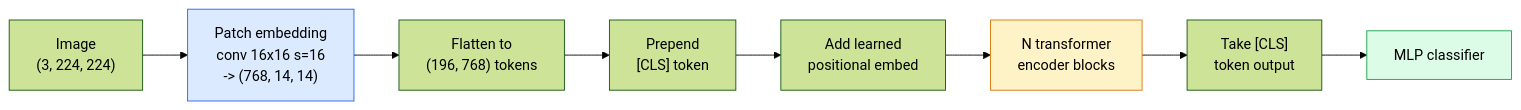
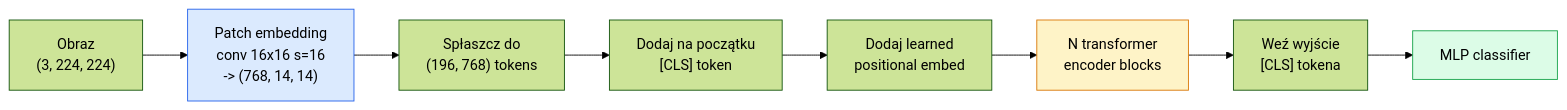
Before and after one commit to hublorx/ai-engineering-from-scratch: the diagram in phases/04-computer-vision/14-vision-transformers/docs/en.md, drawn with Mermaid (forest theme). The commit also changed other lines of this file and 27 other files, not shown here.

````diff
--- a/phases/04-computer-vision/14-vision-transformers/docs/en.md
+++ b/phases/04-computer-vision/14-vision-transformers/docs/en.md
@@ -29,14 +29,14 @@
 ```mermaid
 flowchart LR
-    IMG["Image<br/>(3, 224, 224)"] --> PATCH["Patch embedding<br/>conv 16x16 s=16<br/>-> (768, 14, 14)"]
-    PATCH --> FLAT["Flatten to<br/>(196, 768) tokens"]
-    FLAT --> CAT["Prepend<br/>[CLS] token"]
-    CAT --> POS["Add learned<br/>positional embed"]
+    IMG["Obraz<br/>(3, 224, 224)"] --> PATCH["Patch embedding<br/>conv 16x16 s=16<br/>-> (768, 14, 14)"]
+    PATCH --> FLAT["Spłaszcz do<br/>(196, 768) tokens"]
+    FLAT --> CAT["Dodaj na początku<br/>[CLS] token"]
+    CAT --> POS["Dodaj learned<br/>positional embed"]
     POS --> ENC["N transformer<br/>encoder blocks"]
-    ENC --> CLS["Take [CLS]<br/>token output"]
+    ENC --> CLS["Weź wyjście<br/>[CLS] tokena"]
     CLS --> HEAD["MLP classifier"]
 
     style PATCH fill:#dbeafe,stroke:#2563eb
     style ENC fill:#fef3c7,stroke:#d97706
     style HEAD fill:#dcfce7,stroke:#16a34a
 ```
````
